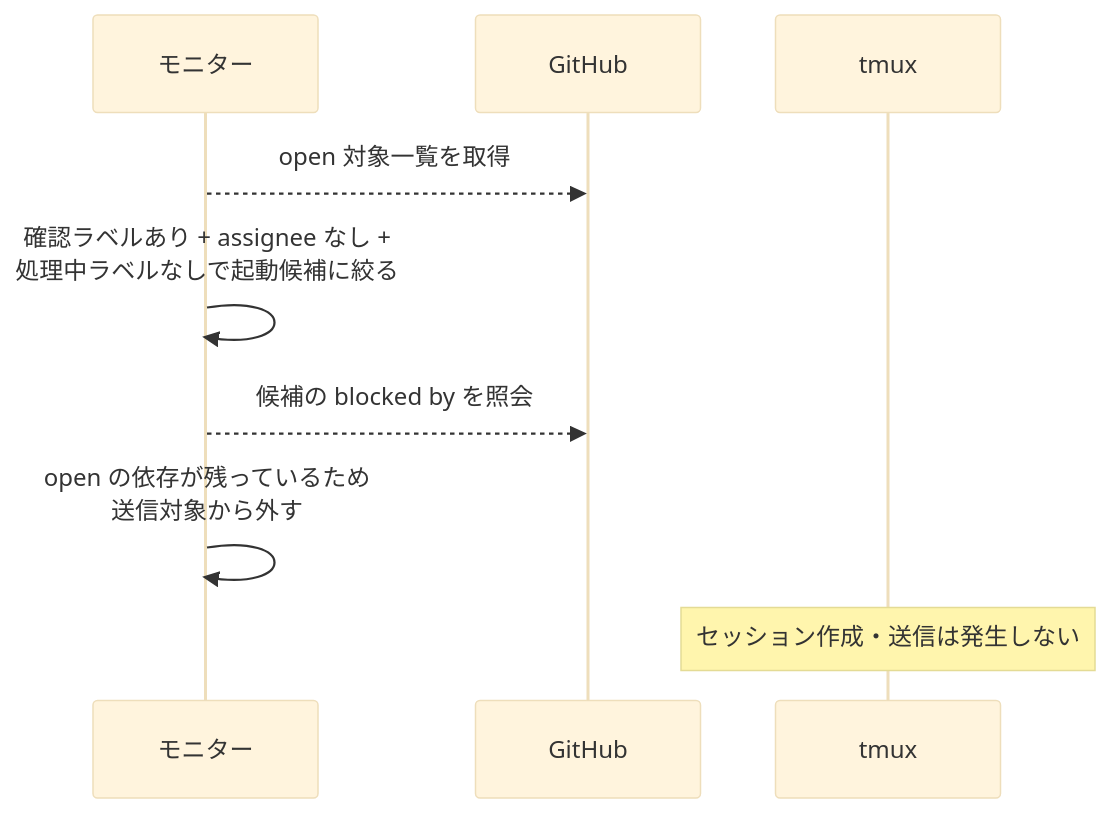
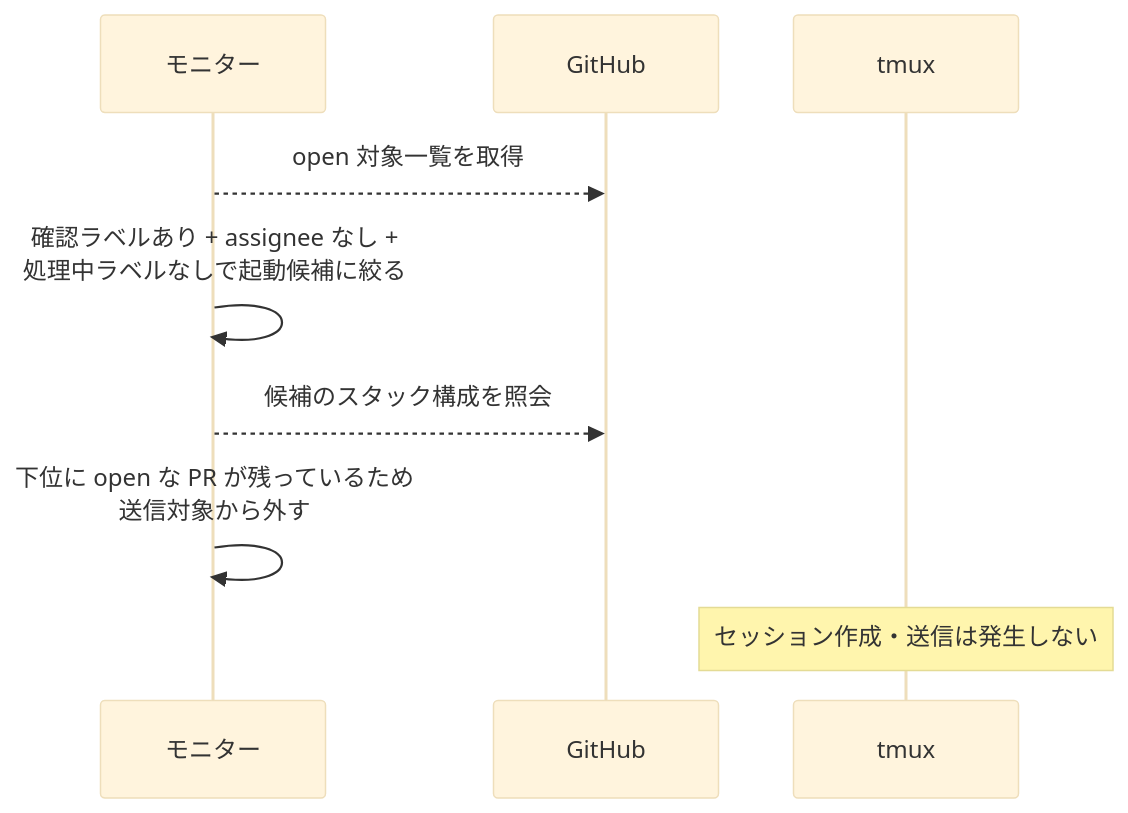
The fifth of 6 diagrams in docs/wiki/設計図/インターフェース定義/バックエンド/エージェント起動検知.py.md (shuhei1101/ai-monitor), drawn with Mermaid (base theme) before and after one commit. The commit also changed other lines of this file and 256 other files, not shown here.

````diff
--- a/docs/wiki/設計図/インターフェース定義/バックエンド/エージェント起動検知.py.md
+++ b/docs/wiki/設計図/インターフェース定義/バックエンド/エージェント起動検知.py.md
@@ -169,12 +170,12 @@
 ```mermaid
 sequenceDiagram
   participant MON as モニター
   participant GH as GitHub
   participant TMUX as tmux
 
   MON-->>GH: open 対象一覧を取得
   MON->>MON: 確認ラベルあり + assignee なし +<br>処理中ラベルなしで起動候補に絞る
-  MON-->>GH: 候補の blocked by を照会
-  MON->>MON: open の依存が残っているため<br>送信対象から外す
+  MON-->>GH: 候補のスタック構成を照会
+  MON->>MON: 下位に open な PR が残っているため<br>送信対象から外す
   Note over TMUX: セッション作成・送信は発生しない
 ```
````
